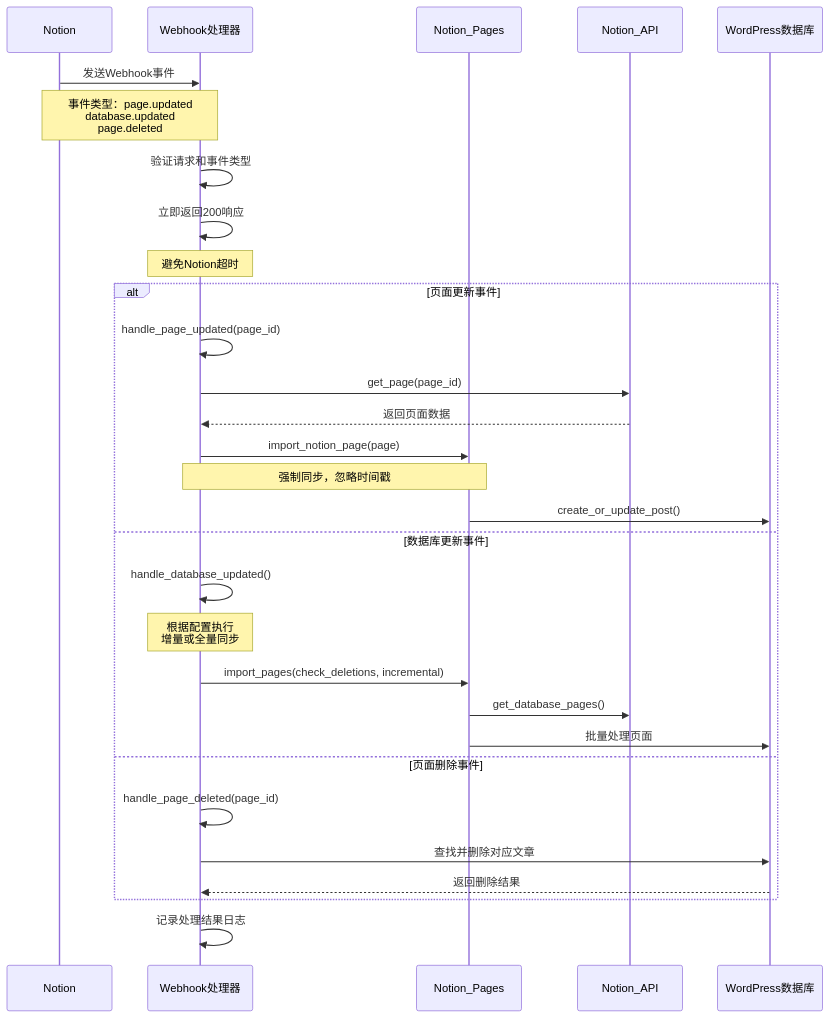
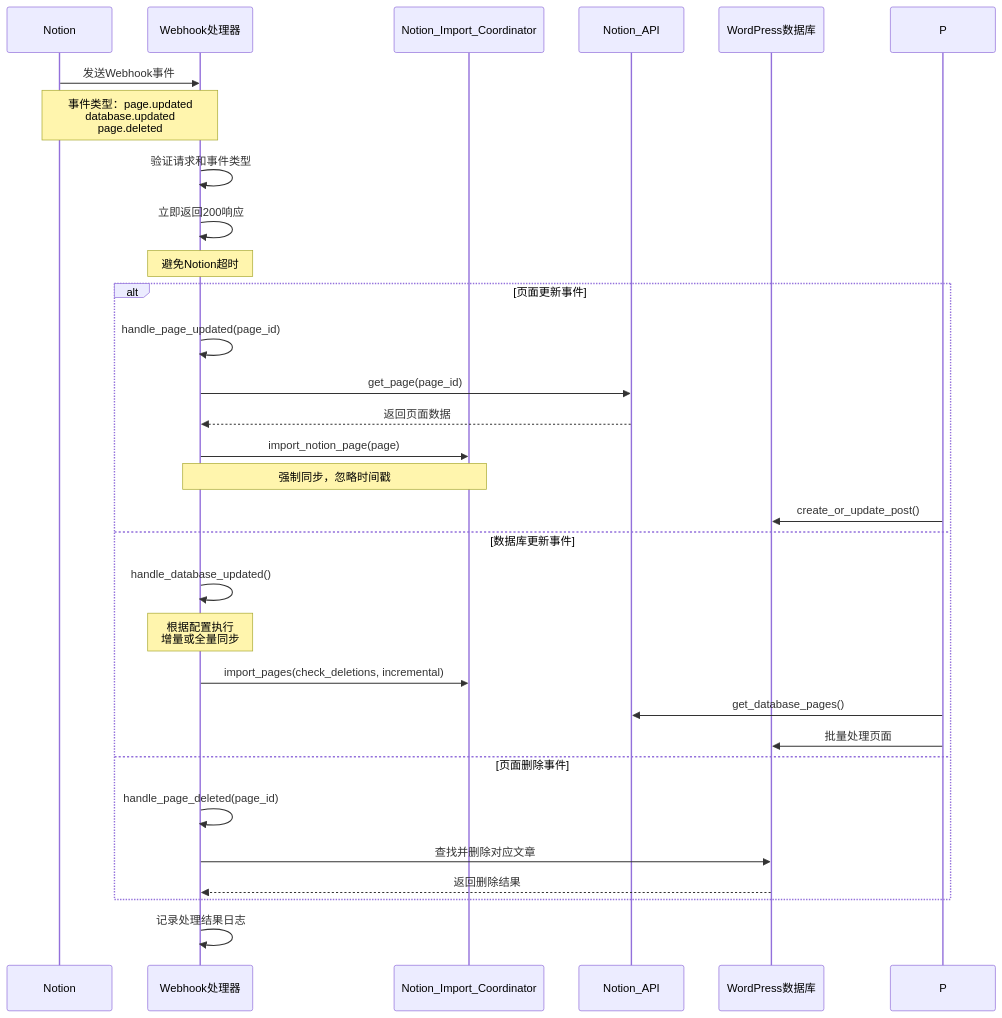
Before and after one commit to Frank-Loong/Notion-to-WordPress: the fourth of 4 diagrams in docs/DEVELOPER_GUIDE-zh_CN.md, drawn with Mermaid. The commit also changed other lines of this file and 26 other files, not shown here.

````diff
--- a/docs/DEVELOPER_GUIDE-zh_CN.md
+++ b/docs/DEVELOPER_GUIDE-zh_CN.md
@@ -295,38 +330,38 @@
 ```mermaid
 sequenceDiagram
     participant N as Notion
     participant W as Webhook处理器
-    participant P as Notion_Pages
+    participant IC as Notion_Import_Coordinator
     participant API as Notion_API
     participant WP as WordPress数据库
 
     N->>W: 发送Webhook事件
     Note over N,W: 事件类型：page.updated<br/>database.updated<br/>page.deleted
 
     W->>W: 验证请求和事件类型
     W->>W: 立即返回200响应
     Note over W: 避免Notion超时
 
     alt 页面更新事件
         W->>W: handle_page_updated(page_id)
         W->>API: get_page(page_id)
         API-->>W: 返回页面数据
-        W->>P: import_notion_page(page)
-        Note over W,P: 强制同步，忽略时间戳
+        W->>IC: import_notion_page(page)
+        Note over W,IC: 强制同步，忽略时间戳
         P->>WP: create_or_update_post()
 
     else 数据库更新事件
         W->>W: handle_database_updated()
         Note over W: 根据配置执行<br/>增量或全量同步
-        W->>P: import_pages(check_deletions, incremental)
+        W->>IC: import_pages(check_deletions, incremental)
         P->>API: get_database_pages()
         P->>WP: 批量处理页面
 
     else 页面删除事件
         W->>W: handle_page_deleted(page_id)
         W->>WP: 查找并删除对应文章
         WP-->>W: 返回删除结果
     end
 
     W->>W: 记录处理结果日志
 ```
````
